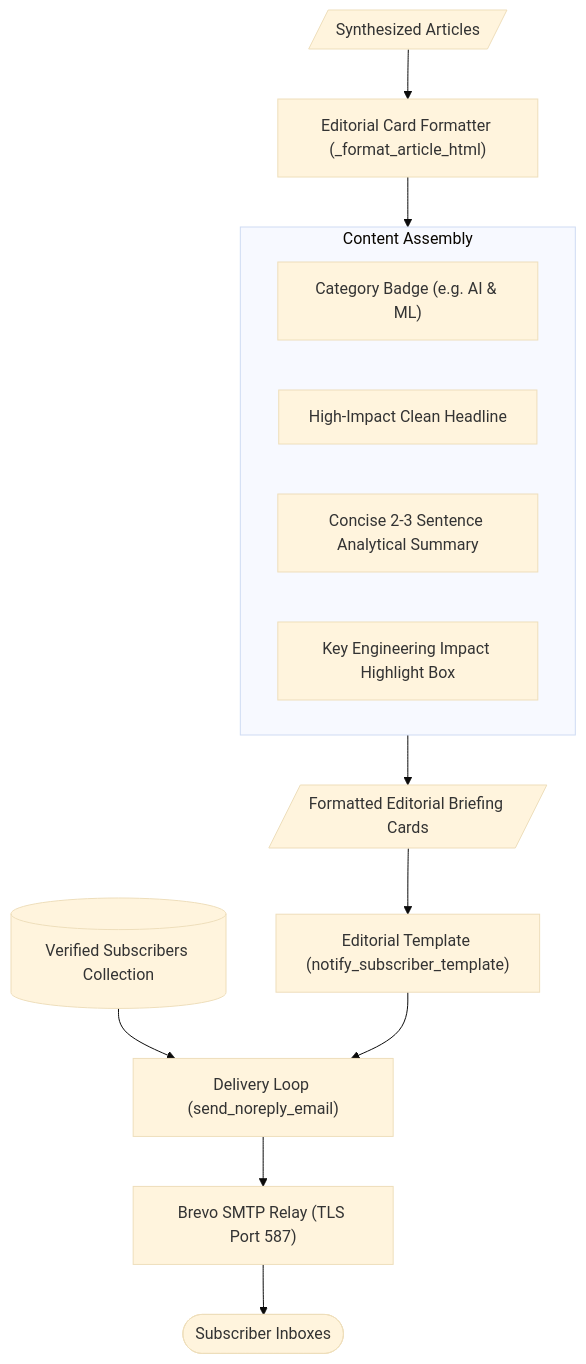
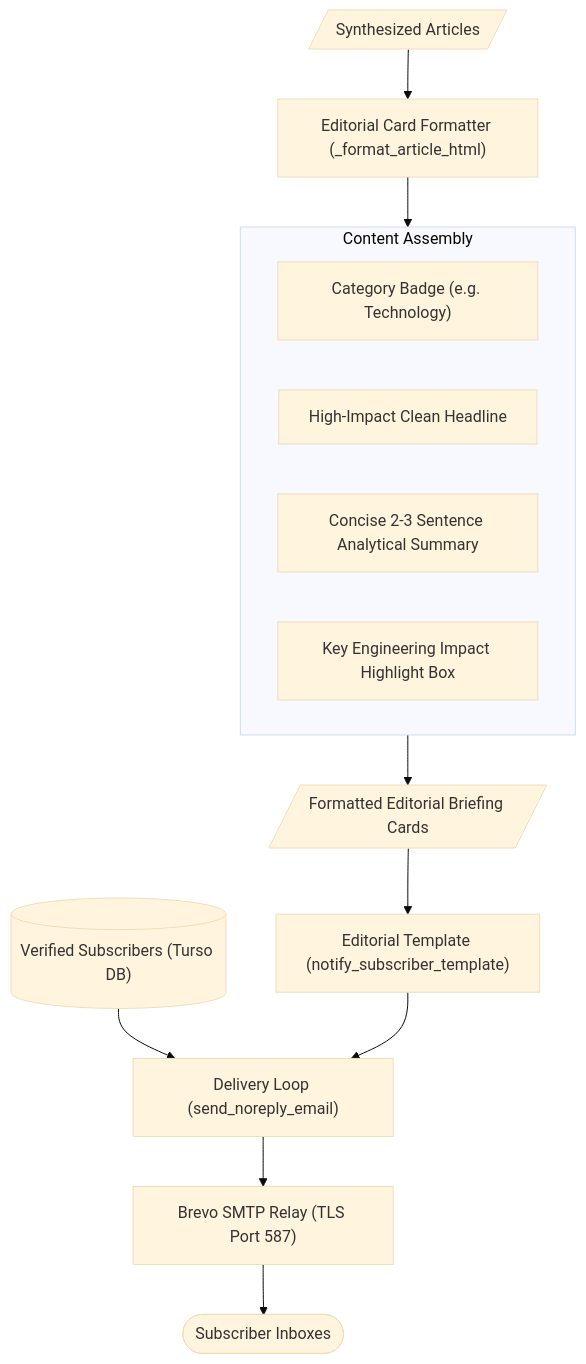
Before and after one commit to AnamolZ/lucid-trend: the fourth of 5 diagrams in docs/mechanism.md, drawn with Mermaid (base theme). The commit also changed other lines of this file and 2 other files, not shown here.

Commit message:
docs: update system overview, mechanism, and use guide with Turso DB and Cloudflare AI pool

````diff
--- a/docs/mechanism.md
+++ b/docs/mechanism.md
@@ -228,20 +212,20 @@
 ```mermaid
 flowchart TD
     Articles[/Synthesized Articles/] --> Formatter["Editorial Card Formatter (_format_article_html)"]
     
     subgraph ContentAssembly ["Content Assembly"]
-        CategoryBadge["Category Badge (e.g. AI & ML)"]
+        CategoryBadge["Category Badge (e.g. Technology)"]
         Headline["High-Impact Clean Headline"]
         ConciseSummary["Concise 2-3 Sentence Analytical Summary"]
         ImpactBox["Key Engineering Impact Highlight Box"]
     end
     
     Formatter --> ContentAssembly
     ContentAssembly --> FullBlocks[/Formatted Editorial Briefing Cards/]
     
     FullBlocks --> Template["Editorial Template (notify_subscriber_template)"]
-    Subscribers[("Verified Subscribers Collection")] --> EmailLoop["Delivery Loop (send_noreply_email)"]
+    Subscribers[("Verified Subscribers (Turso DB)")] --> EmailLoop["Delivery Loop (send_noreply_email)"]
     Template --> EmailLoop
     EmailLoop --> SMTP["Brevo SMTP Relay (TLS Port 587)"]
     SMTP --> Inboxes([Subscriber Inboxes])
 ```
````
